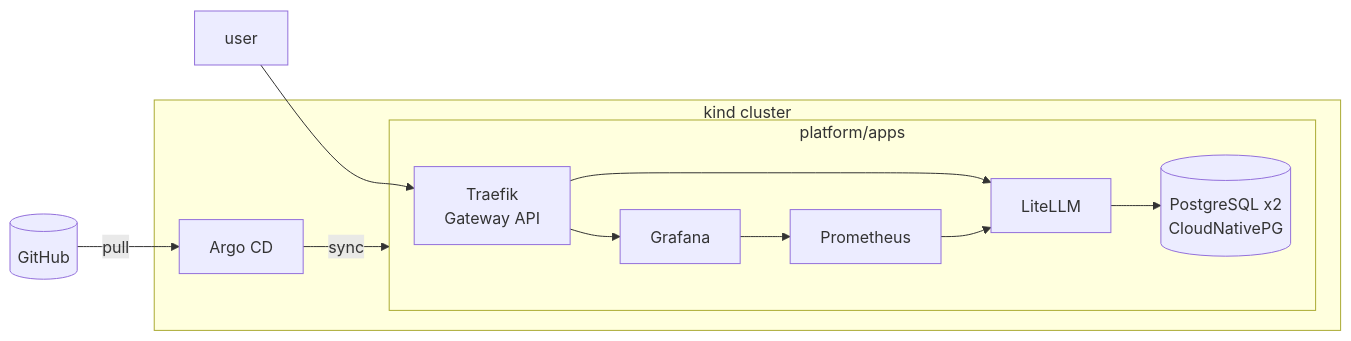
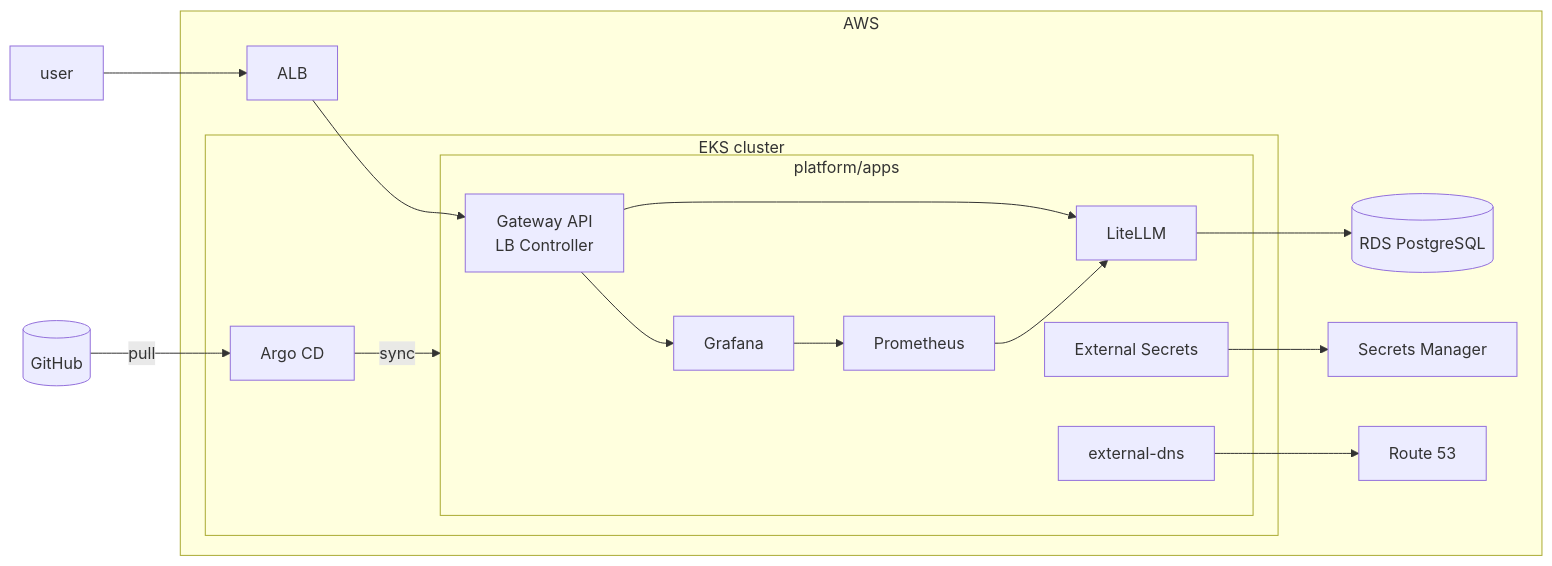
The diagram in README.md (pluvivanto/canteen), drawn with Mermaid before and after one commit. The commit also changed other lines of this file and 1 other file, not shown here.

Commit message:
update README for AWS deployment

````diff
--- a/README.md
+++ b/README.md
@@ -8,16 +8,23 @@
 ```mermaid
 flowchart LR
-    user --> traefik
+    user --> alb[ALB]
     git[(GitHub)] -->|pull| argocd
 
-    subgraph cluster [kind cluster]
-        argocd[Argo CD] -->|sync| apps
-        subgraph apps [platform/apps]
-            traefik[Traefik<br>Gateway API] --> litellm[LiteLLM]
-            traefik --> grafana[Grafana]
-            litellm --> pg[(PostgreSQL x2<br>CloudNativePG)]
-            prom[Prometheus] --> litellm
-            grafana --> prom
+    subgraph aws [AWS]
+        alb --> gw
+        subgraph cluster [EKS cluster]
+            argocd[Argo CD] -->|sync| apps
+            subgraph apps [platform/apps]
+                gw[Gateway API<br>LB Controller] --> litellm[LiteLLM]
+                gw --> grafana[Grafana]
+                prom[Prometheus] --> litellm
+                grafana --> prom
+                eso[External Secrets]
+                dns[external-dns]
+            end
         end
+        litellm --> rds[(RDS PostgreSQL)]
+        eso --> sm[Secrets Manager]
+        dns --> r53[Route 53]
     end
 ```
````
